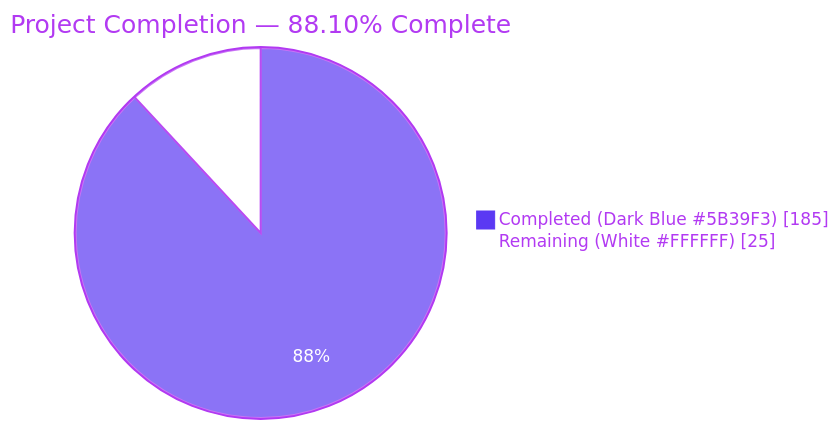
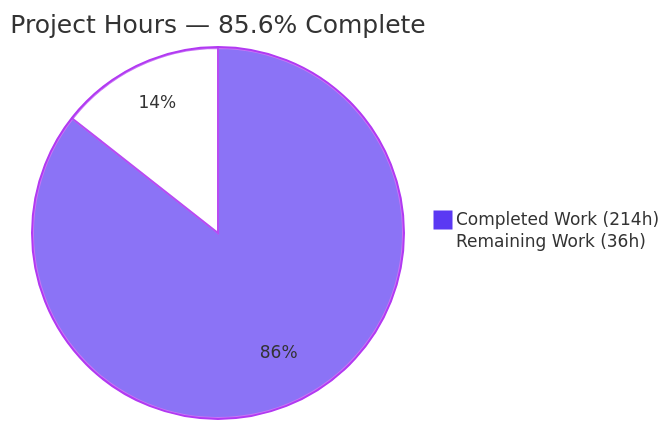
Before and after one commit to blitzy-public-samples/blitzy-kafka: the first of 4 diagrams in blitzy/documentation/Project Guide.md, drawn with Mermaid. The commit also changed other lines of this file, not shown here.

Commit message:
Adding Blitzy Project Guide: Project Status and Human Tasks Remaining

````diff
--- a/blitzy/documentation/Project Guide.md
+++ b/blitzy/documentation/Project Guide.md
@@ -28,6 +17,6 @@
 ```mermaid
-%%{init: {'theme':'base', 'themeVariables': {'pie1':'#5B39F3','pie2':'#FFFFFF','pieStrokeColor':'#B23AF2','pieOuterStrokeColor':'#B23AF2','pieTitleTextColor':'#B23AF2','pieSectionTextColor':'#FFFFFF','pieLegendTextColor':'#B23AF2','pieStrokeWidth':'2px','pieOuterStrokeWidth':'2px'}}}%%
-pie showData title Project Completion — 88.10% Complete
-    "Completed (Dark Blue #5B39F3)" : 185
-    "Remaining (White #FFFFFF)" : 25
+%%{init: {'theme':'base','themeVariables':{'pie1':'#5B39F3','pie2':'#FFFFFF','pieStrokeColor':'#B23AF2','pieOuterStrokeColor':'#B23AF2','pieOuterStrokeWidth':'2px'}}}%%
+pie title Project Hours — 85.6% Complete
+    "Completed Work (214h)" : 214
+    "Remaining Work (36h)" : 36
 ```
````
